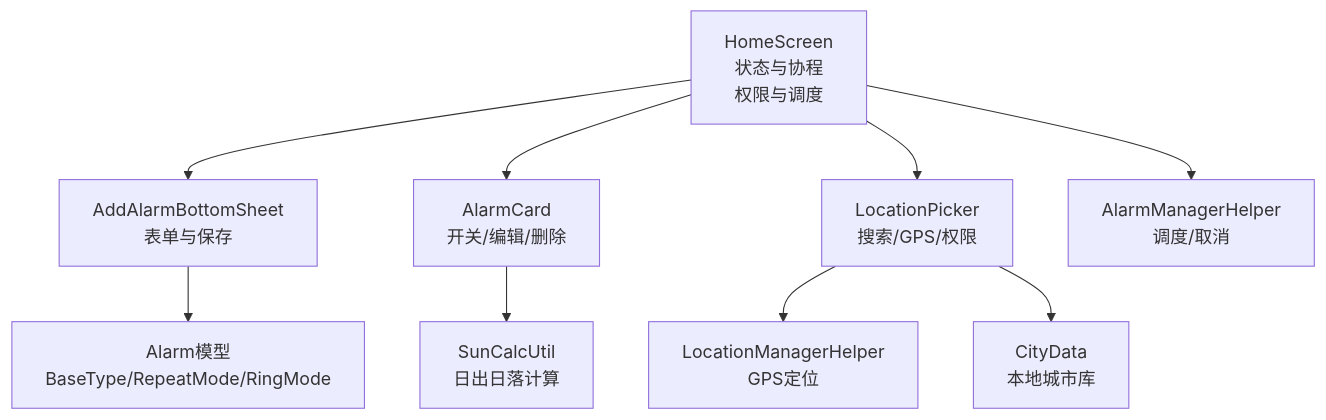
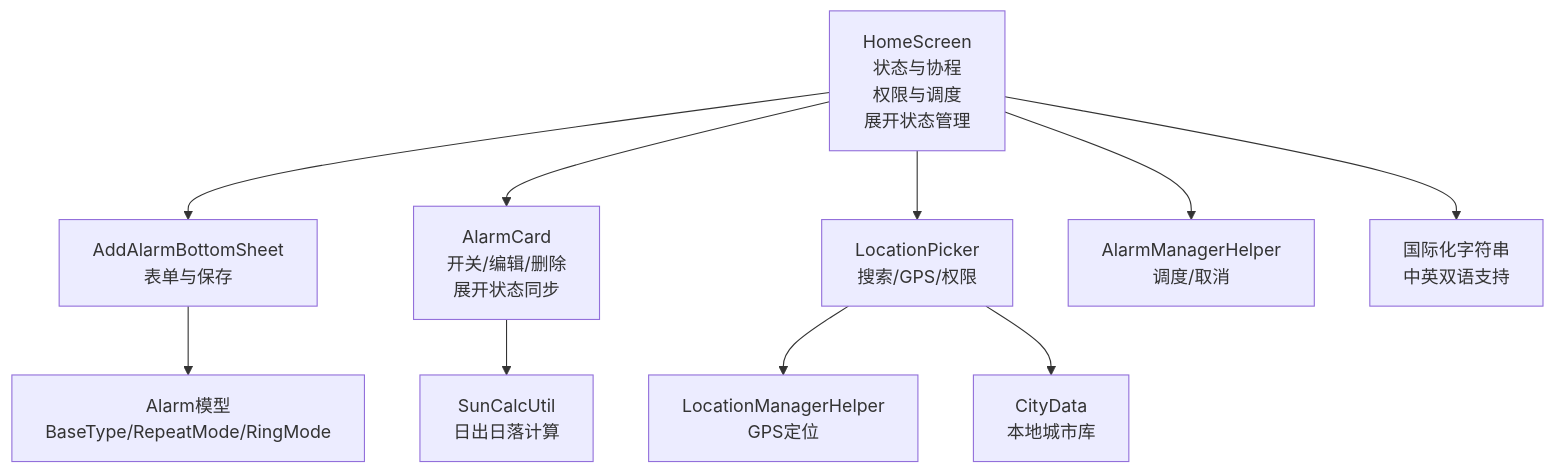
One commit to snuabar/Clock changed the second of 7 diagrams in .qoder/repowiki/zh/content/核心功能/用户界面交互.md. Above: the diagram before and after it, drawn with Mermaid. The commit also changed other lines of this file and 3 other files, not shown here.

````diff
--- a/.qoder/repowiki/zh/content/核心功能/用户界面交互.md
+++ b/.qoder/repowiki/zh/content/核心功能/用户界面交互.md
@@ -93,11 +111,12 @@
 ```mermaid
 graph TB
-Home["HomeScreen<br/>状态与协程<br/>权限与调度"] --> BottomSheet["AddAlarmBottomSheet<br/>表单与保存"]
-Home --> Cards["AlarmCard<br/>开关/编辑/删除"]
+Home["HomeScreen<br/>状态与协程<br/>权限与调度<br/>展开状态管理"] --> BottomSheet["AddAlarmBottomSheet<br/>表单与保存"]
+Home --> Cards["AlarmCard<br/>开关/编辑/删除<br/>展开状态同步"]
 Home --> Picker["LocationPicker<br/>搜索/GPS/权限"]
 BottomSheet --> Models["Alarm模型<br/>BaseType/RepeatMode/RingMode"]
 Cards --> Utils["SunCalcUtil<br/>日出日落计算"]
 Picker --> LocUtils["LocationManagerHelper<br/>GPS定位"]
 Picker --> CityData["CityData<br/>本地城市库"]
 Home --> AlarmMgr["AlarmManagerHelper<br/>调度/取消"]
+Home --> Strings["国际化字符串<br/>中英双语支持"]
 ```
````
